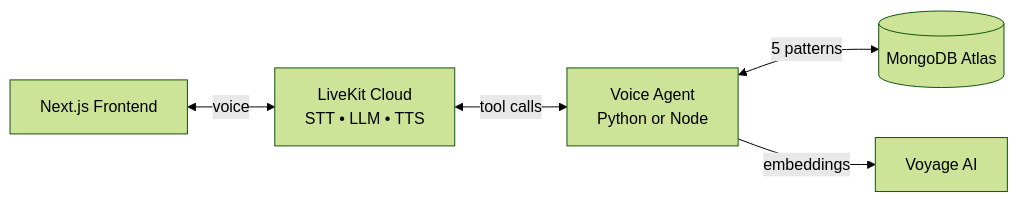
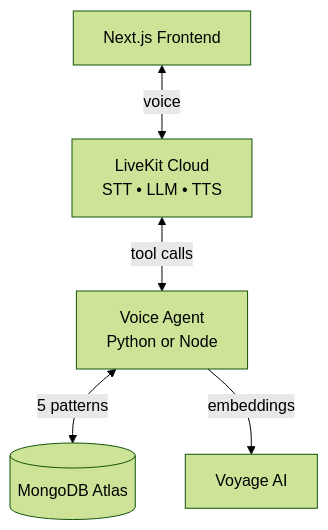
Before and after one commit to DrbagherianCode/bodytwin-ai: the diagram in README.md, drawn with Mermaid (forest theme).

Commit message:
Switch architecture diagram to top-down layout
GitHub's Mermaid overlay controls (zoom/pan/expand at the right edge of
the rendered SVG) were covering MongoDB Atlas and the Voyage edge in
the previous LR layout. Top-down stacks the chain vertically so the
widest row is just Agent + Voyage, leaving clearance on the right.

````diff
--- a/README.md
+++ b/README.md
@@ -9,7 +9,7 @@
 ```mermaid
-flowchart LR
+flowchart TD
   FE["Next.js Frontend"] <-->|voice| LK["LiveKit Cloud<br/>STT • LLM • TTS"]
   LK <-->|tool calls| Agent["Voice Agent<br/>Python or Node"]
   Agent <-->|5 patterns| Mongo[("MongoDB Atlas")]
   Agent -->|embeddings| Voyage["Voyage AI"]
 ```
````
